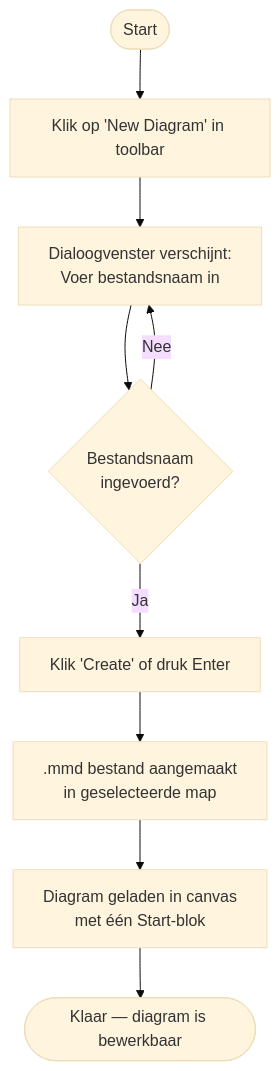
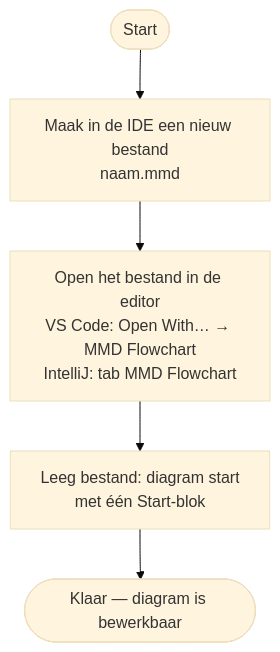
Before and after one commit to GRJX/mmd-flowchart: the first of 18 diagrams in docs/USERFLOWS.md, drawn with Mermaid (base theme). The commit also changed other lines of this file and 36 other files, not shown here.

First line of the commit message:
feat: add MMD Flowchart extension for VS Code

````diff
--- a/docs/USERFLOWS.md
+++ b/docs/USERFLOWS.md
@@ -9,11 +9,7 @@
 ```mermaid
 flowchart TD
-    A([Start]) --> B[Klik op 'New Diagram' in toolbar]
-    B --> C["Dialoogvenster verschijnt:<br>Voer bestandsnaam in"]
-    C --> D{"Bestandsnaam<br>ingevoerd?"}
-    D -- Nee --> C
-    D -- Ja --> E[Klik 'Create' of druk Enter]
-    E --> F[".mmd bestand aangemaakt<br>in geselecteerde map"]
-    F --> G["Diagram geladen in canvas<br>met één Start-blok"]
-    G --> H([Klaar — diagram is bewerkbaar])
+    A([Start]) --> B["Maak in de IDE een nieuw bestand<br>naam.mmd"]
+    B --> C["Open het bestand in de editor<br>VS Code: Open With… → MMD Flowchart<br>IntelliJ: tab MMD Flowchart"]
+    C --> D["Leeg bestand: diagram start<br>met één Start-blok"]
+    D --> E([Klaar — diagram is bewerkbaar])
 ```
````
